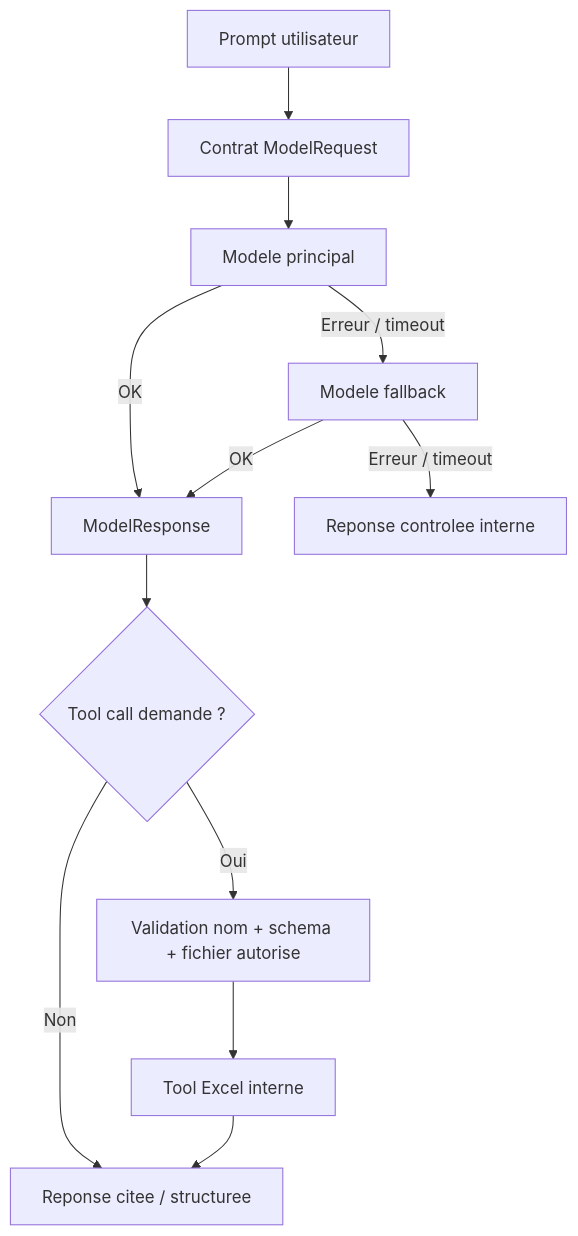
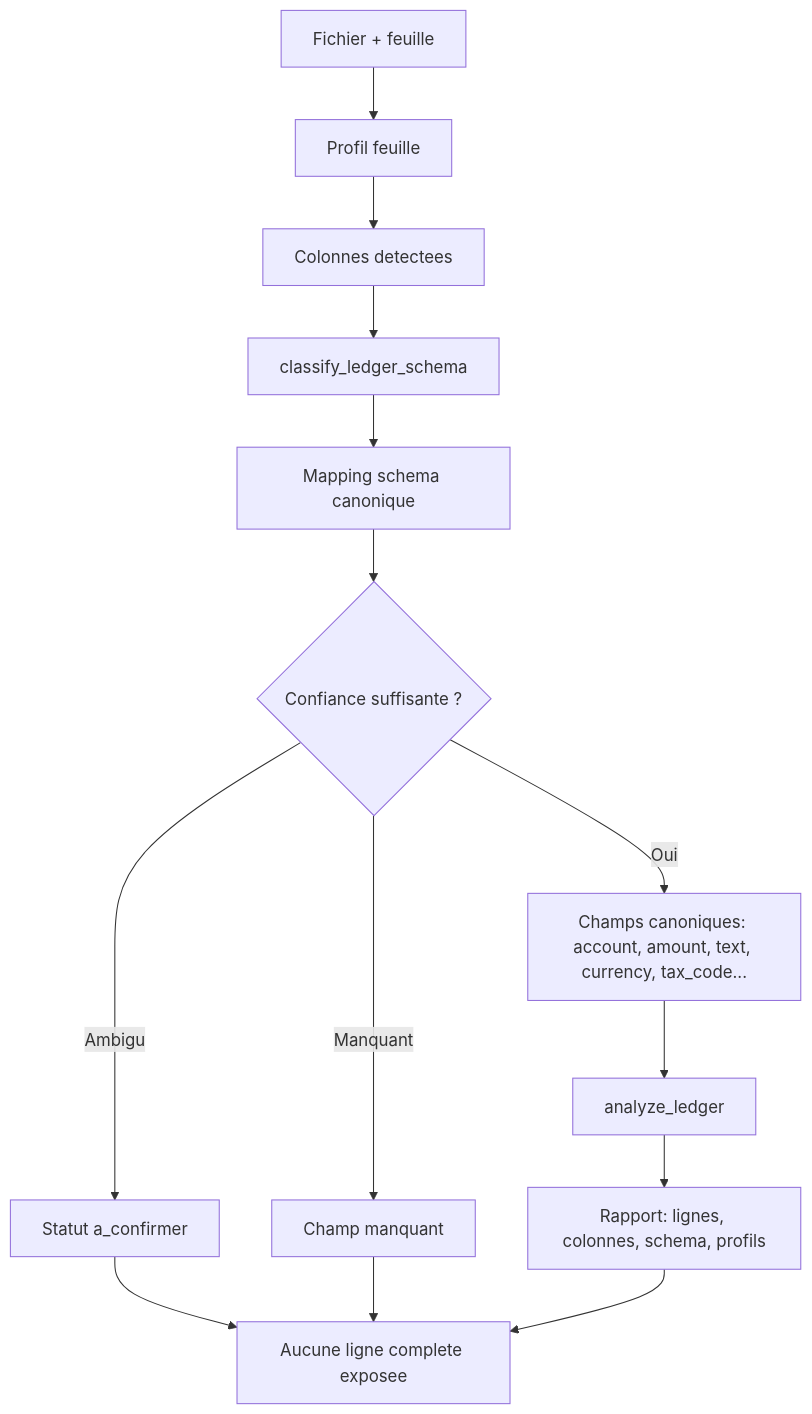
One commit to Appolinairee/fiscal-control-engine changed the fourth of 9 diagrams in docs/rag-flow-mermaid.md. Above: the diagram before and after it, drawn with Mermaid. The commit also changed other lines of this file and 24 other files, not shown here.

First line of the commit message:
feat(agent): implement deterministic tool routing and analytical ledger tools

````diff
--- a/docs/rag-flow-mermaid.md
+++ b/docs/rag-flow-mermaid.md
@@ -35,14 +88,18 @@
 ```mermaid
 flowchart TD
-    A[Prompt utilisateur] --> B[Contrat ModelRequest]
-    B --> C[Modele principal]
-    C -->|OK| R[ModelResponse]
-    C -->|Erreur / timeout| D[Modele fallback]
-    D -->|OK| R
-    D -->|Erreur / timeout| E[Reponse controlee interne]
-    R --> F{Tool call demande ?}
-    F -->|Non| G[Reponse citee / structuree]
-    F -->|Oui| H[Validation nom + schema + fichier autorise]
-    H --> I[Tool Excel interne]
-    I --> G
+    F[Fichier + feuille] --> P[Profil feuille]
+    P --> C[Colonnes detectees]
+    C --> CLS[classify_ledger_schema]
+    CLS --> MAP[Mapping schema canonique]
+    MAP --> CONF{Confiance suffisante ?}
+
+    CONF -->|Oui| CANON[Champs canoniques: account, amount, text, currency, tax_code...]
+    CONF -->|Ambigu| ASK[Statut a_confirmer]
+    CONF -->|Manquant| MISS[Champ manquant]
+
+    CANON --> AL[analyze_ledger]
+    ASK --> SAFE[Aucune supposition LLM]
+    MISS --> SAFE
+    AL --> R[Rapport: lignes, colonnes, schema, profils]
+    R --> SAFE[Aucune ligne complete exposee]
 ```
````
